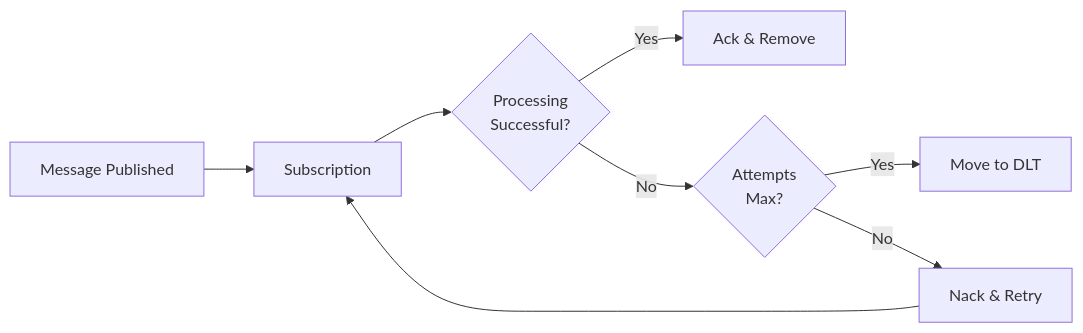
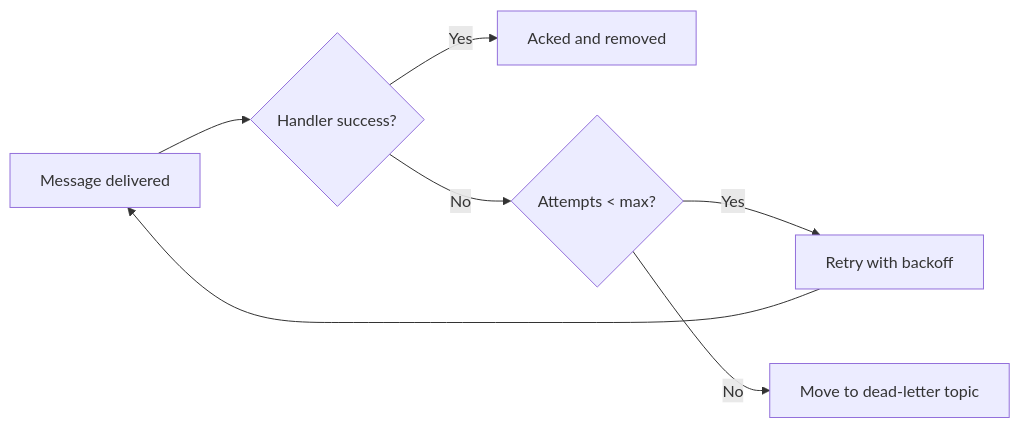
Before and after one commit to matheusvnm/fastpubsub: the diagram in docs/markdown/advanced/dlt.md, drawn with Mermaid. The commit also changed other lines of this file and 18 other files, not shown here.

````diff
--- a/docs/markdown/advanced/dlt.md
+++ b/docs/markdown/advanced/dlt.md
@@ -20,10 +26,9 @@
 ```mermaid
-graph LR
-    A[Message Published] --> B[Subscription]
-    B --> C{Processing<br/>Successful?}
-    C -->|Yes| D[Ack & Remove]
-    C -->|No| E{Attempts <br/>Max?}
-    E -->|Yes| F[Move to DLT]
-    E -->|No| G[Nack & Retry]
-    G --> B
+flowchart LR
+    A[Message delivered] --> B{Handler success?}
+    B -->|Yes| C[Acked and removed]
+    B -->|No| D{Attempts < max?}
+    D -->|Yes| E[Retry with backoff]
+    E --> A
+    D -->|No| F[Move to dead-letter topic]
 ```
````
